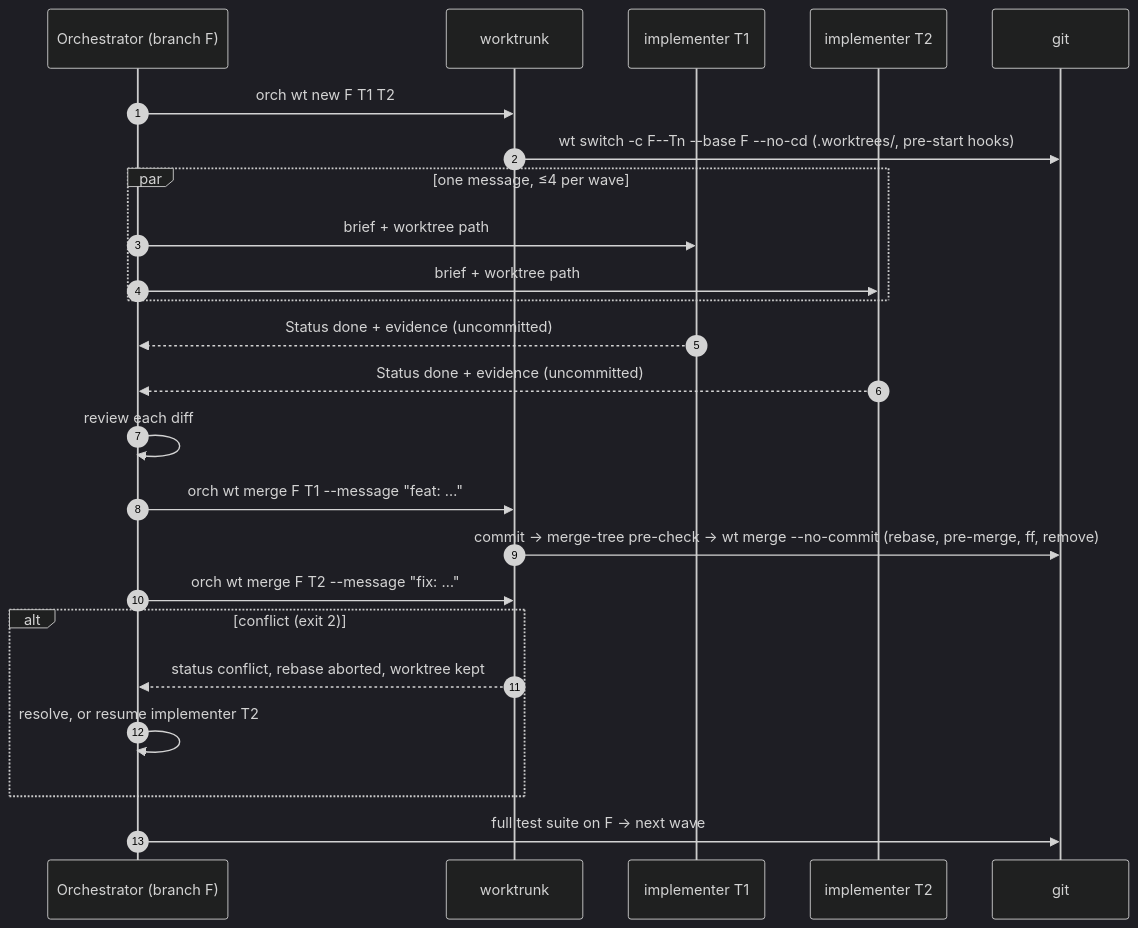
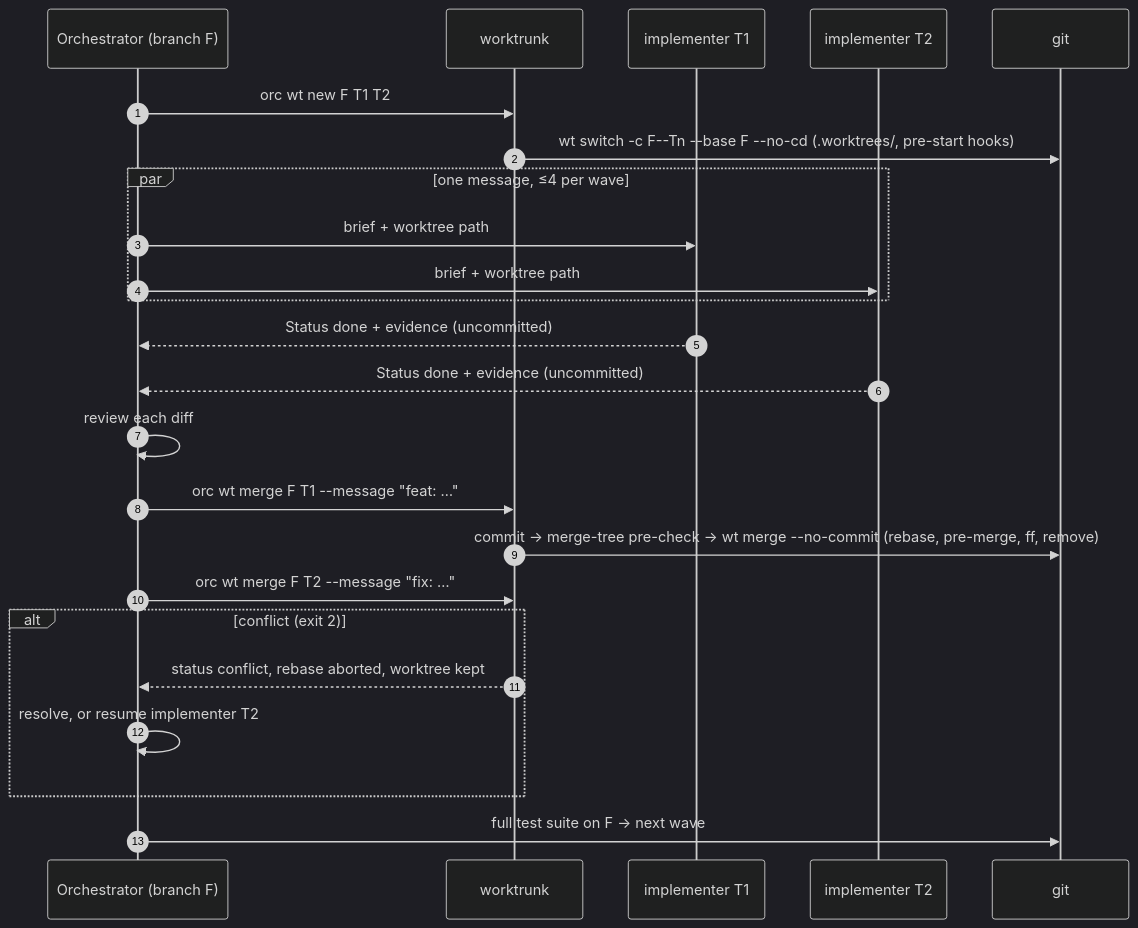
The seventh of 9 diagrams in docs/ARCHITECTURE.md (crafts69guy/orchestra), drawn with Mermaid (dark theme) before and after one commit. The commit also changed other lines of this file and 65 other files, not shown here.

First line of the commit message:
feat!: rename orch to orc (v0.12.0)

````diff
--- a/docs/ARCHITECTURE.md
+++ b/docs/ARCHITECTURE.md
@@ -282,27 +282,27 @@
 ```mermaid
 sequenceDiagram
   autonumber
   participant O as Orchestrator (branch F)
   participant WT as worktrunk
   participant I1 as implementer T1
   participant I2 as implementer T2
   participant G as git
 
-  O->>WT: orch wt new F T1 T2
+  O->>WT: orc wt new F T1 T2
   WT->>G: wt switch -c F--Tn --base F --no-cd (.worktrees/, pre-start hooks)
   par one message, ≤4 per wave
     O->>I1: brief + worktree path
     O->>I2: brief + worktree path
   end
   I1-->>O: Status done + evidence (uncommitted)
   I2-->>O: Status done + evidence (uncommitted)
   O->>O: review each diff
-  O->>WT: orch wt merge F T1 --message "feat: …"
+  O->>WT: orc wt merge F T1 --message "feat: …"
   WT->>G: commit → merge-tree pre-check → wt merge --no-commit (rebase, pre-merge, ff, remove)
-  O->>WT: orch wt merge F T2 --message "fix: …"
+  O->>WT: orc wt merge F T2 --message "fix: …"
   alt conflict (exit 2)
     WT-->>O: status conflict, rebase aborted, worktree kept
     O->>O: resolve, or resume implementer T2
   end
   O->>G: full test suite on F → next wave
 ```
````
